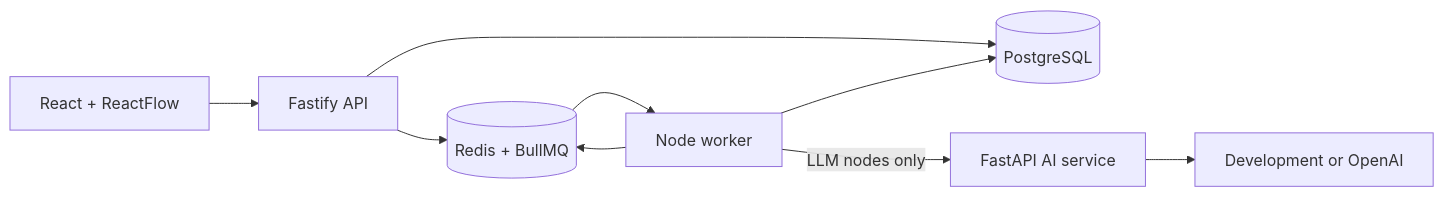
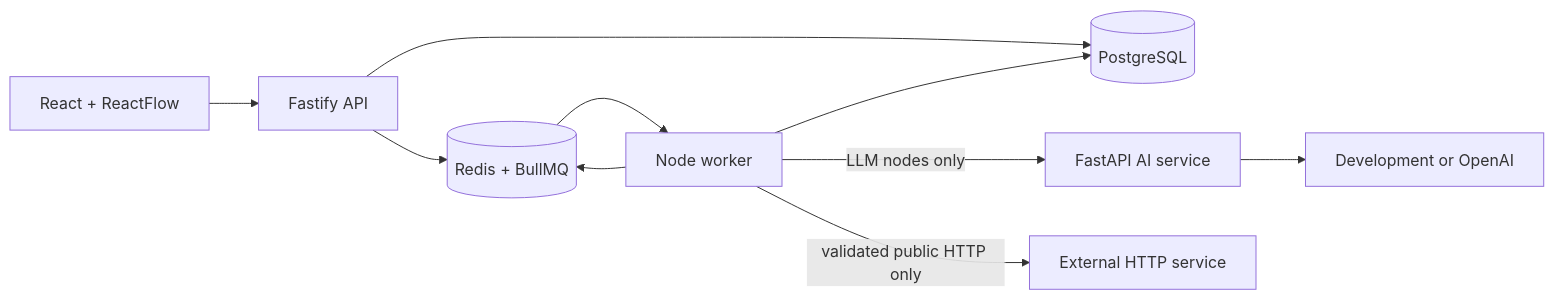
The diagram in README.md (hafiz475/agentops-ai-workflow-platform), drawn with Mermaid before and after one commit. The commit also changed other lines of this file and 28 other files, not shown here.

````diff
--- a/README.md
+++ b/README.md
@@ -25,11 +28,12 @@
 ```mermaid
 flowchart LR
   Browser[React + ReactFlow] --> API[Fastify API]
   API --> DB[(PostgreSQL)]
   API --> Queue[(Redis + BullMQ)]
   Queue --> Worker[Node worker]
   Worker --> DB
   Worker -->|LLM nodes only| AI[FastAPI AI service]
   Worker --> Queue
+  Worker -->|validated public HTTP only| External[External HTTP service]
   AI --> Provider[Development or OpenAI]
 ```
````
